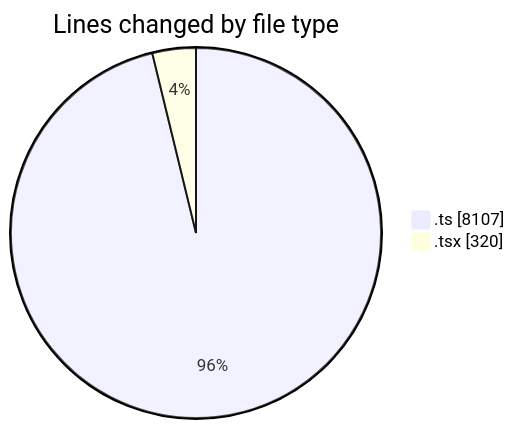
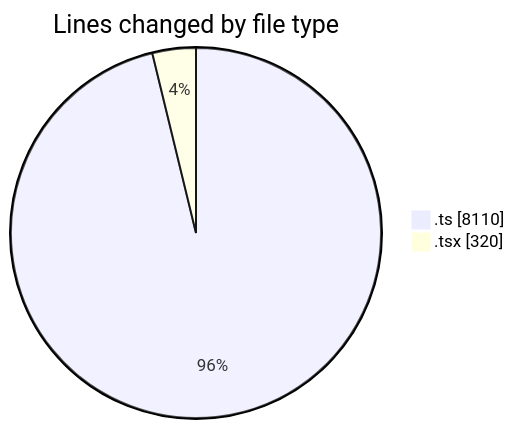
Before and after one commit to momahboobian/code-tracking: the first of 2 diagrams in 2025-08-13/cda/README.md, drawn with Mermaid. The commit also changed other lines of this file and 1 other file, not shown here.

````diff
--- a/2025-08-13/cda/README.md
+++ b/2025-08-13/cda/README.md
@@ -24,6 +24,6 @@
 ```mermaid
 pie showData
 title Lines changed by file type
-".ts" : 8107
+".ts" : 8110
 ".tsx" : 320
 ```
````
